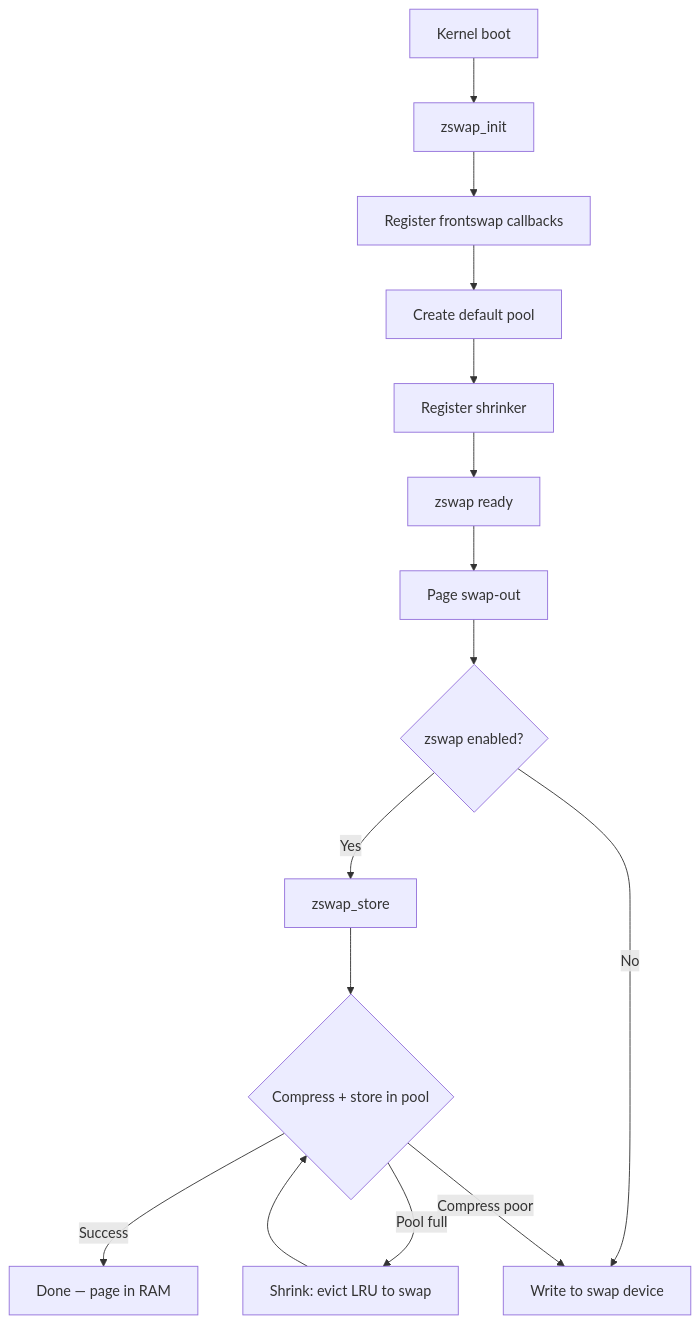
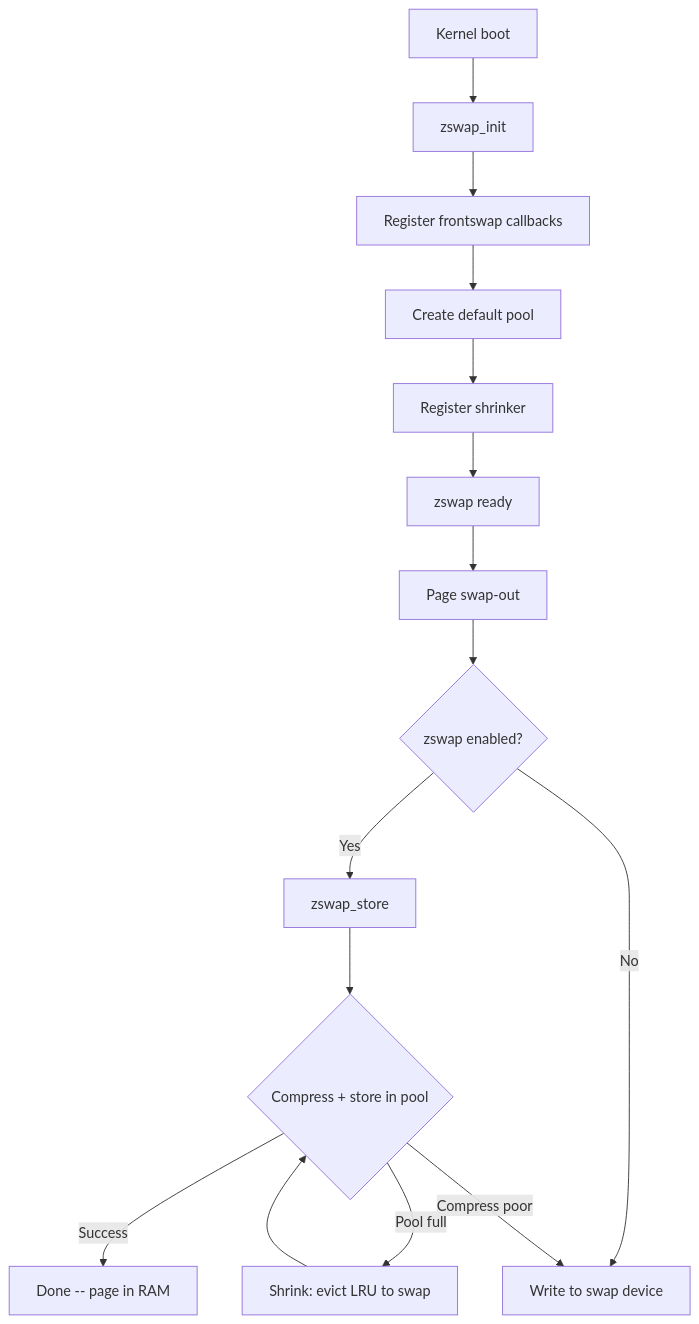
The fourth of 5 diagrams in src/kernel/memory/zswap.md (Abhinav-Kumar012/lb2), drawn with Mermaid before and after one commit. The commit also changed other lines of this file and 211 other files, not shown here.

First line of the commit message:
fix: mermaid syntax issues across 212 files

````diff
--- a/src/kernel/memory/zswap.md
+++ b/src/kernel/memory/zswap.md
@@ -430,18 +430,18 @@
 ```mermaid
 flowchart TD
     A[Kernel boot] --> B[zswap_init]
     B --> C[Register frontswap callbacks]
     C --> D[Create default pool]
     D --> E[Register shrinker]
     E --> F[zswap ready]
 
     F --> G[Page swap-out]
     G --> H{zswap enabled?}
     H -->|Yes| I[zswap_store]
     H -->|No| J[Write to swap device]
     I --> K{Compress + store in pool}
-    K -->|Success| L[Done — page in RAM]
+    K -->|Success| L[Done -- page in RAM]
     K -->|Pool full| M[Shrink: evict LRU to swap]
     M --> K
     K -->|Compress poor| J
 ```
````
